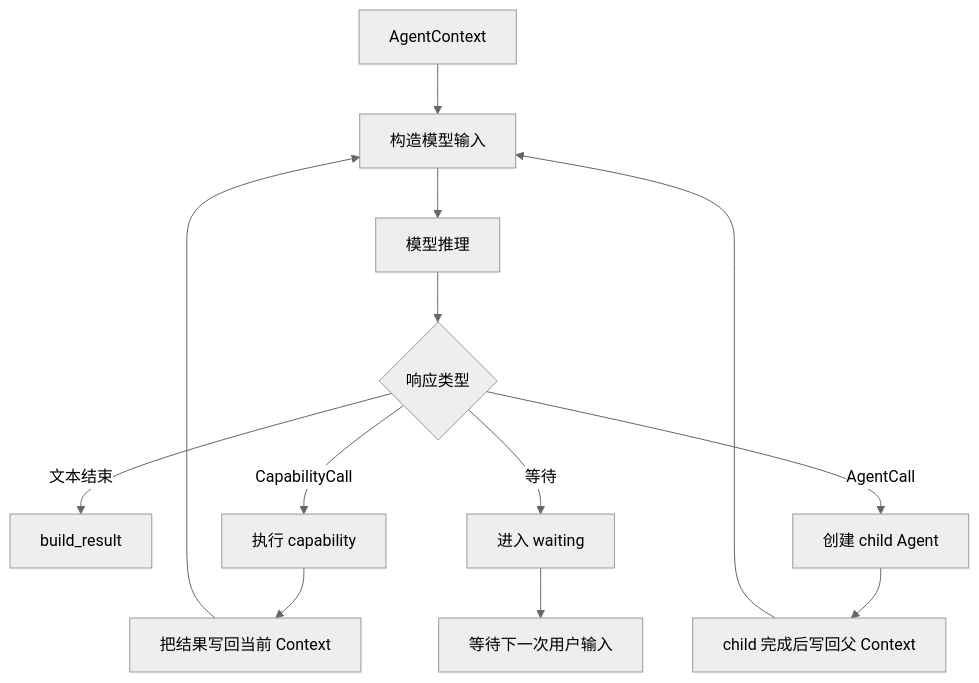
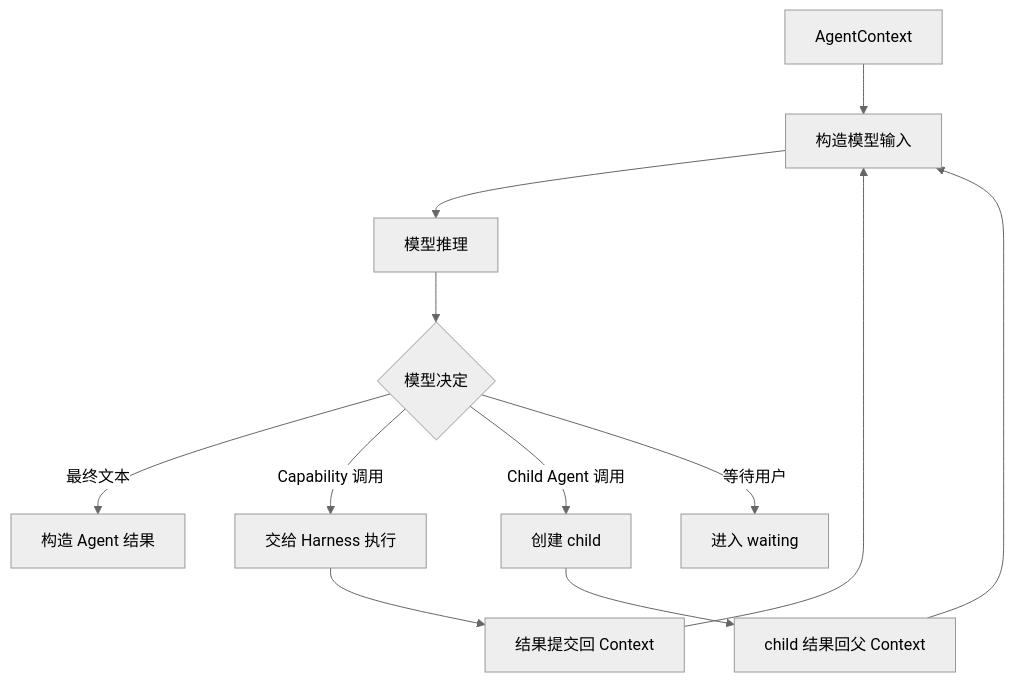
One commit to Arthur999459up/GitAgent changed the first of 7 diagrams in docs/03-agent-loop-and-call-protocol.md. Above: the diagram before and after it, drawn with Mermaid (neutral theme). The commit also changed other lines of this file and 15 other files, not shown here.

````diff
--- a/docs/03-agent-loop-and-call-protocol.md
+++ b/docs/03-agent-loop-and-call-protocol.md
@@ -13,15 +13,14 @@
 ```mermaid
 flowchart TD
     A[AgentContext] --> B[构造模型输入]
     B --> C[模型推理]
-    C --> D{响应类型}
-    D -->|文本结束| E[build_result]
-    D -->|CapabilityCall| F[执行 capability]
-    D -->|AgentCall| G[创建 child Agent]
-    D -->|等待| H[进入 waiting]
-    F --> I[把结果写回当前 Context]
-    G --> J[child 完成后写回父 Context]
+    C --> D{模型决定}
+    D -->|最终文本| E[构造 Agent 结果]
+    D -->|Capability 调用| F[交给 Harness 执行]
+    D -->|Child Agent 调用| G[创建 child]
+    D -->|等待用户| H[进入 waiting]
+    F --> I[结果提交回 Context]
+    G --> J[child 结果回父 Context]
     I --> B
     J --> B
-    H --> K[等待下一次用户输入]
 ```
````
